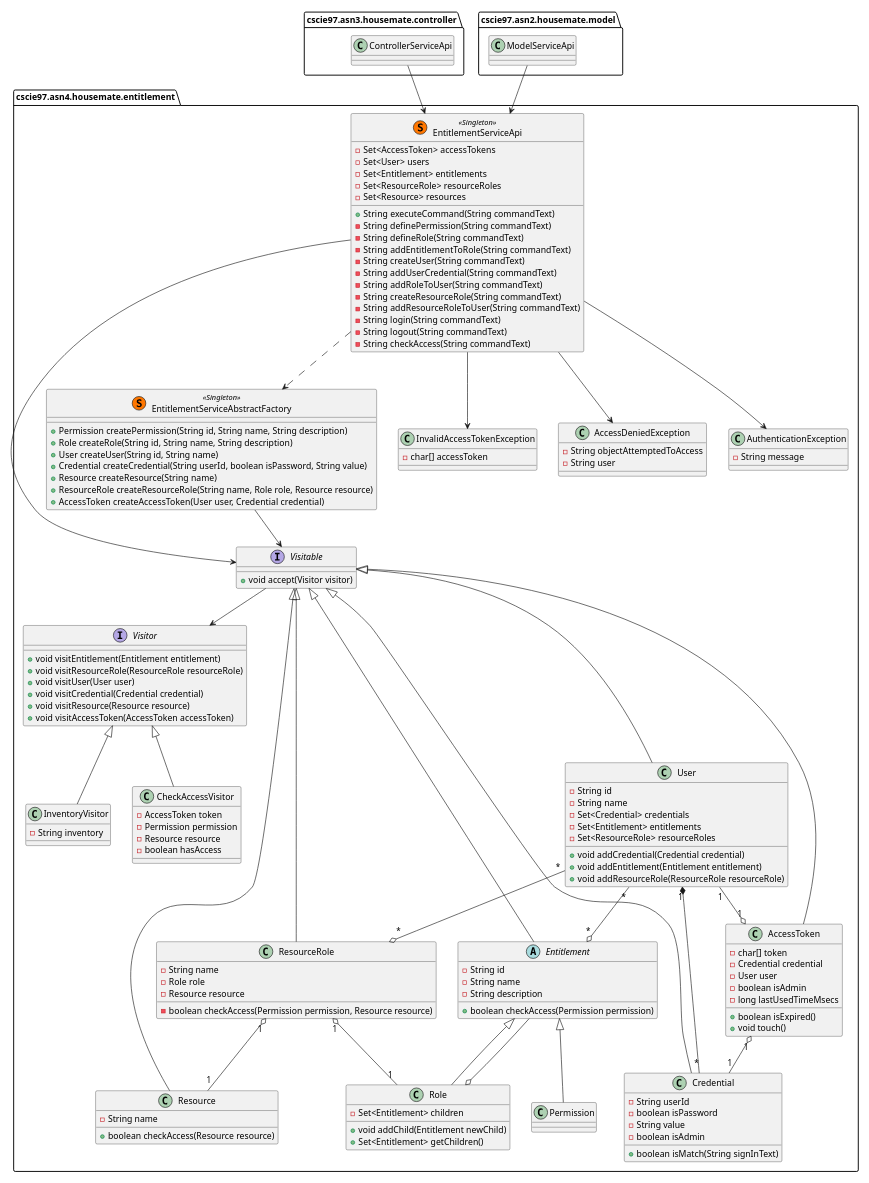
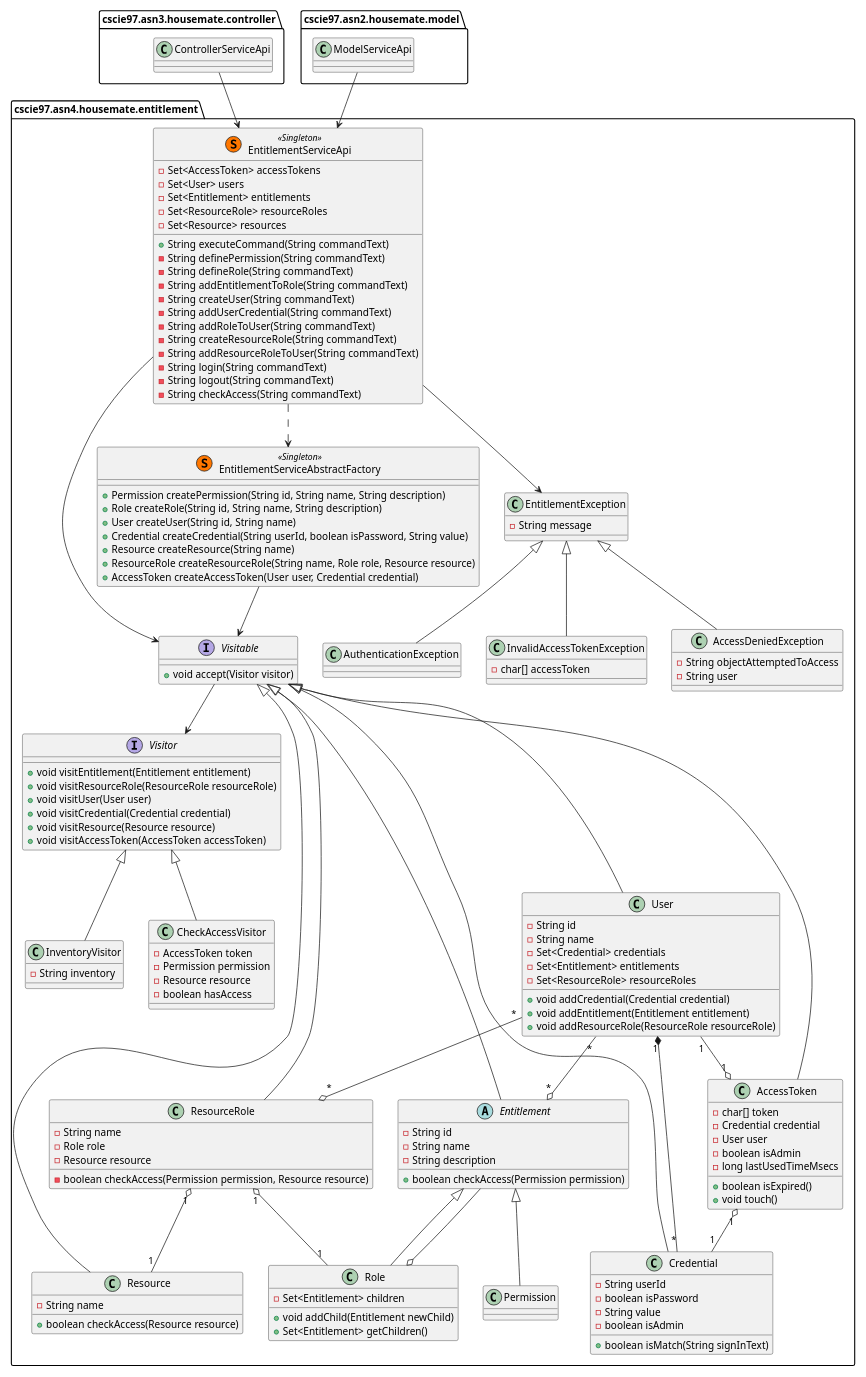
The second of 3 diagrams in cscie97/asn4/Design.md (erikorlowski/cscie97), drawn with PlantUML before and after one commit. The commit also changed other lines of this file and 8 other files, not shown here.

Commit message:
Entitlement Service mostly done. Just need cleanup of Exceptions.

```diff
--- a/cscie97/asn4/Design.md
+++ b/cscie97/asn4/Design.md
@@ -463,15 +463,19 @@
     Visitable --> Visitor
     EntitlementServiceAbstractFactory --> Visitable
     EntitlementServiceApi --> Visitable
-    EntitlementServiceApi --> InvalidAccessTokenException
-    EntitlementServiceApi --> AccessDeniedException
-    EntitlementServiceApi --> AuthenticationException
+    EntitlementServiceApi --> EntitlementException
+    EntitlementException <|-- InvalidAccessTokenException
+    EntitlementException <|-- AccessDeniedException
+    EntitlementException <|-- AuthenticationException
     User "1" *-- "*" Credential
     User "1" --o "1" AccessToken
     AccessToken "1" o-- "1" Credential
     User "*" --o "*" Entitlement
     User "*" --o "*" ResourceRole
 
+    class EntitlementException {
+        - String message
+    }
 
     class InvalidAccessTokenException {
         - char[] accessToken
@@ -483,7 +487,7 @@
     }
 
     class AuthenticationException {
-        - String message
+        
     }
 }
 
```
